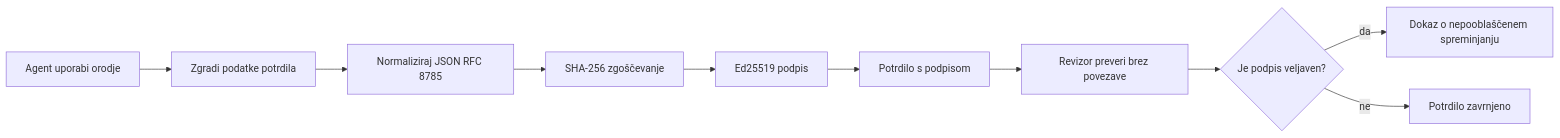
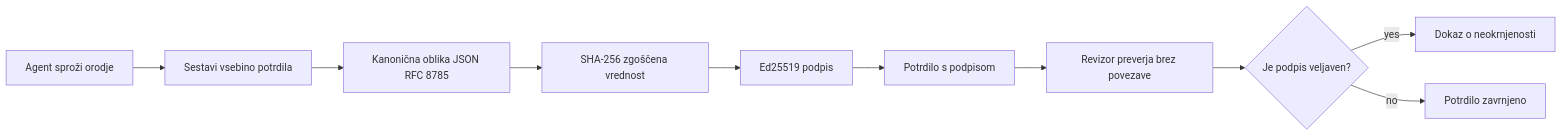
The first of 2 diagrams in translations/sl/18-securing-ai-agents/README.md (microsoft/ai-agents-for-beginners), drawn with Mermaid before and after one commit. The commit also changed other lines of this file and 223 other files, not shown here.

````diff
--- a/translations/sl/18-securing-ai-agents/README.md
+++ b/translations/sl/18-securing-ai-agents/README.md
@@ -51,12 +51,12 @@
 ```mermaid
 flowchart LR
-    A[Agent uporabi orodje] --> B[Zgradi podatke potrdila]
-    B --> C[Normaliziraj JSON RFC 8785]
-    C --> D[SHA-256 zgoščevanje]
+    A[Agent sproži orodje] --> B[Sestavi vsebino potrdila]
+    B --> C[Kanonična oblika JSON RFC 8785]
+    C --> D[SHA-256 zgoščena vrednost]
     D --> E[Ed25519 podpis]
     E --> F[Potrdilo s podpisom]
-    F --> G[Revizor preveri brez povezave]
+    F --> G[Revizor preverja brez povezave]
     G --> H{Je podpis veljaven?}
-    H -- da --> I[Dokaz o nepooblaščenem spreminjanju]
-    H -- ne --> J[Potrdilo zavrnjeno]
+    H -- yes --> I[Dokaz o neokrnjenosti]
+    H -- no --> J[Potrdilo zavrnjeno]
 ```
````
